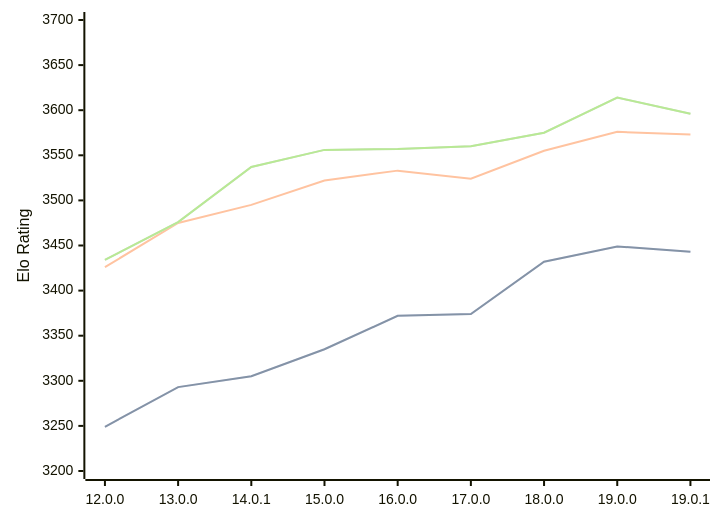
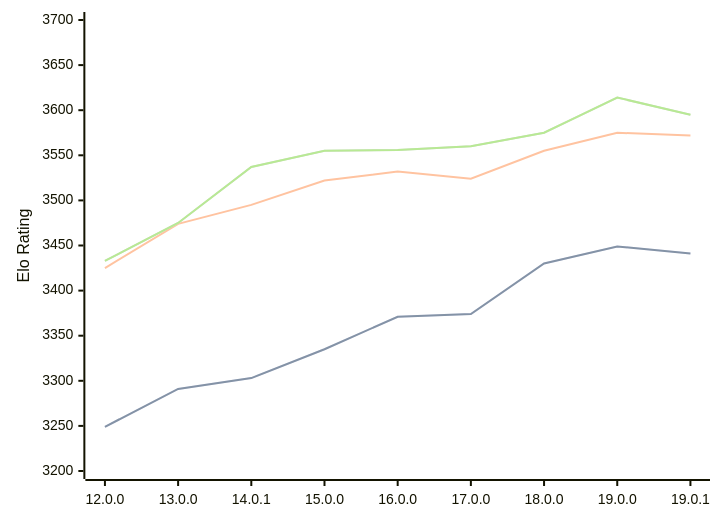
One commit to computer-chess-index/cci changed the diagram in engines/Viridithas.md. Above: the diagram before and after it, drawn with Mermaid. The commit also changed other lines of this file, not shown here.

Commit message:
Update CCI Ratings (ELO VLTC) - 2026-03-04

````diff
--- a/engines/Viridithas.md
+++ b/engines/Viridithas.md
@@ -61,11 +61,11 @@
 ```mermaid
 %%{init: {"theme":"base","themeVariables":{"seriesColors:['#a3a3a3','#222221','#faa371']}}}%%
 xychart-beta
   x-axis ["12.0.0", "13.0.0", "14.0.1", "15.0.0", "16.0.0", "17.0.0", "18.0.0", "19.0.0", "19.0.1"]
   y-axis "Elo Rating" 3200 --> 3700
-  line "STC (8.0+0.08s)" [3249, 3293, 3305, 3335, 3372, 3374, 3432, 3449, 3443]
-  line "STC (8.0+0.08s)" [3249, 3293, 3305, 3335, 3372, 3374, 3432, 3449, 3443]
-  line "LTC (60.0+0.60s)" [3426, 3475, 3495, 3522, 3533, 3524, 3555, 3576, 3573]
-  line "VLTC (2m24s+1.12s)" [3434, 3476, 3537, 3556, 3557, 3560, 3575, 3614, 3596]
-  line "VLTC (2m24s+1.12s)" [3434, 3476, 3537, 3556, 3557, 3560, 3575, 3614, 3596]
+  line "STC (8.0+0.08s)" [3249, 3291, 3303, 3335, 3371, 3374, 3430, 3449, 3441]
+  line "STC (8.0+0.08s)" [3249, 3291, 3303, 3335, 3371, 3374, 3430, 3449, 3441]
+  line "LTC (60.0+0.60s)" [3425, 3474, 3495, 3522, 3532, 3524, 3555, 3575, 3572]
+  line "VLTC (2m24s+1.12s)" [3433, 3475, 3537, 3555, 3556, 3560, 3575, 3614, 3595]
+  line "VLTC (2m24s+1.12s)" [3433, 3475, 3537, 3555, 3556, 3560, 3575, 3614, 3595]
 ```
````
